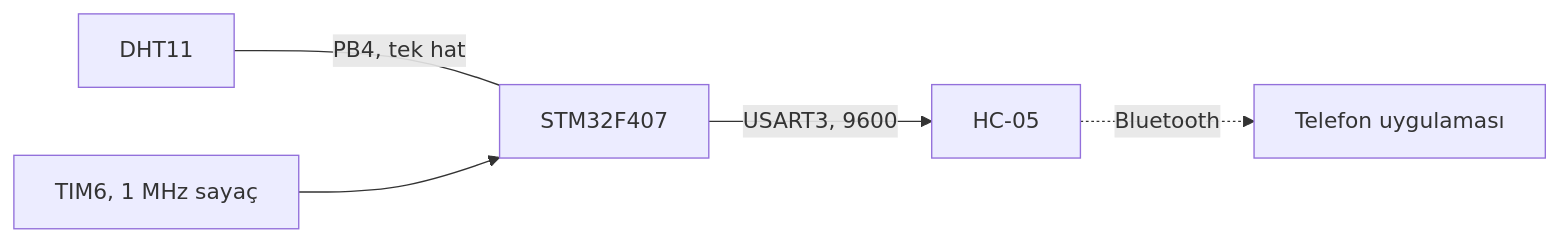
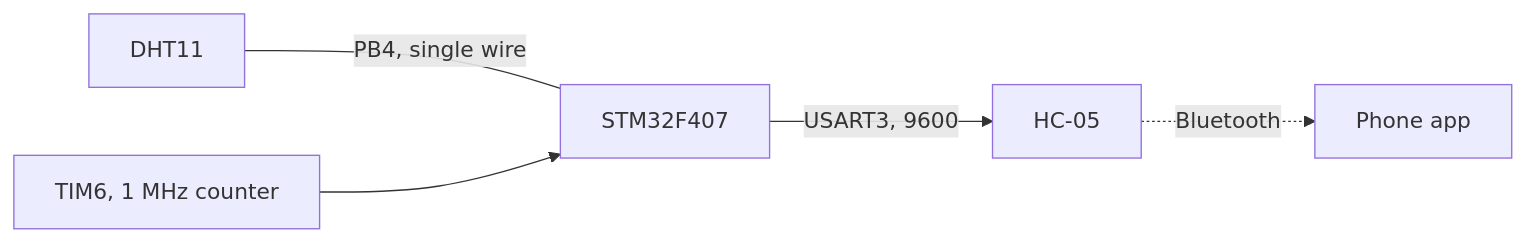
One commit to meyubcan/stm32-dht11-bluetooth changed the diagram in README.md. Above: the diagram before and after it, drawn with Mermaid. The commit also changed other lines of this file and 1 other file, not shown here.

````diff
--- a/README.md
+++ b/README.md
@@ -9,7 +13,7 @@
 ```mermaid
 flowchart LR
-    DHT[DHT11] -- "PB4, tek hat" --- MCU[STM32F407]
-    TIM[TIM6, 1 MHz sayaç] --> MCU
+    DHT[DHT11] -- "PB4, single wire" --- MCU[STM32F407]
+    TIM[TIM6, 1 MHz counter] --> MCU
     MCU -- "USART3, 9600" --> BT[HC-05]
-    BT -. Bluetooth .-> TEL[Telefon uygulaması]
+    BT -. Bluetooth .-> TEL[Phone app]
 ```
````
